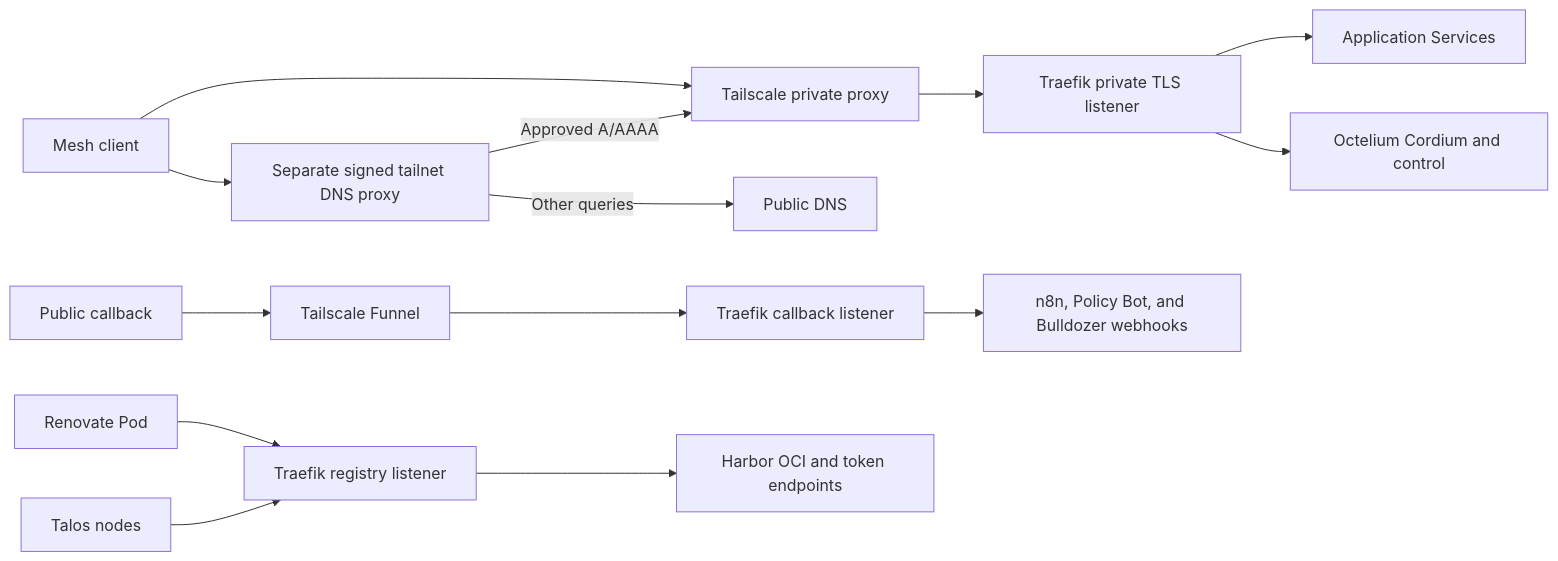
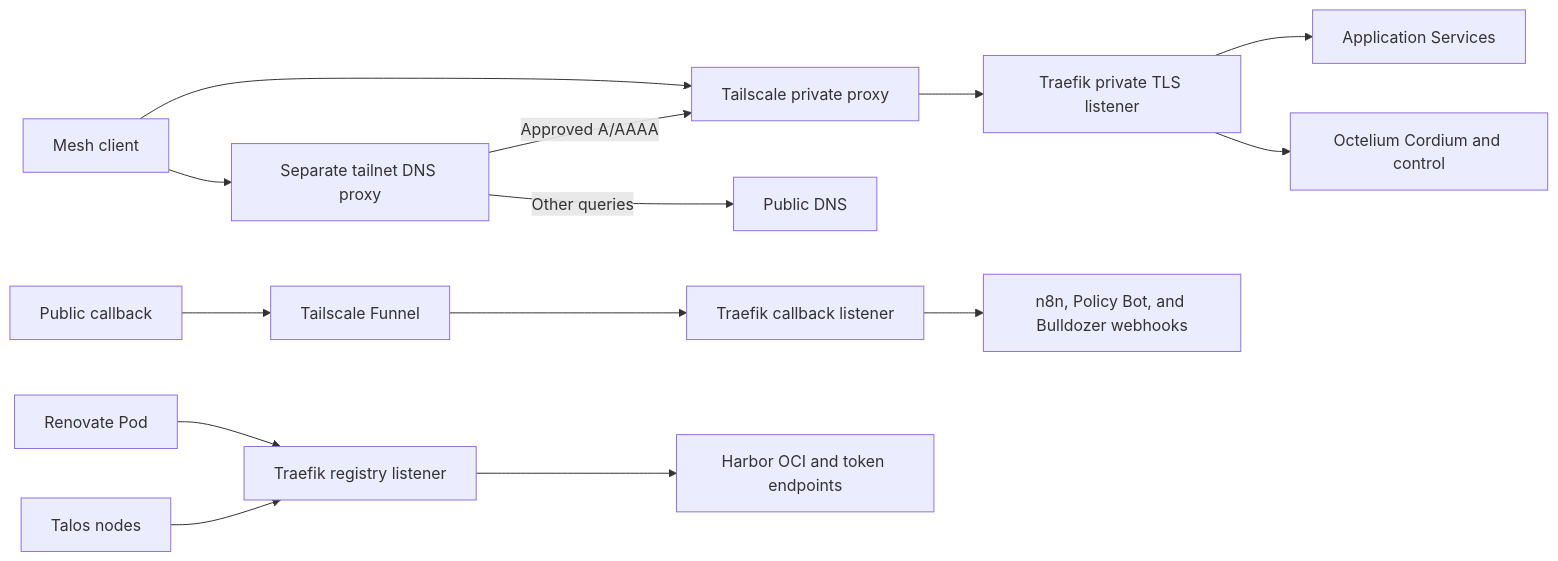
The diagram in openwiki/runbooks/tailnet-ingress.md (Stuhlmuller/homelab), drawn with Mermaid before and after one commit. The commit also changed other lines of this file and 106 other files, not shown here.

````diff
--- a/openwiki/runbooks/tailnet-ingress.md
+++ b/openwiki/runbooks/tailnet-ingress.md
@@ -112,16 +108,16 @@
 ```mermaid
 flowchart LR
-    Client --> DNS[Separate signed tailnet DNS proxy]
+    Client --> DNS[Separate tailnet DNS proxy]
     DNS -->|Approved A/AAAA| Private
     DNS -->|Other queries| PublicDNS[Public DNS]
     Client[Mesh client] --> Private[Tailscale private proxy]
     Private --> TLS[Traefik private TLS listener]
     TLS --> Apps[Application Services]
     TLS --> Cordium[Octelium Cordium and control]
     Public[Public callback] --> Funnel[Tailscale Funnel]
     Funnel --> HTTP[Traefik callback listener]
     HTTP --> Hooks[n8n, Policy Bot, and Bulldozer webhooks]
     Nodes[Talos nodes] --> Registry[Traefik registry listener]
     Renovate[Renovate Pod] --> Registry
     Registry --> Harbor[Harbor OCI and token endpoints]
 ```
````
